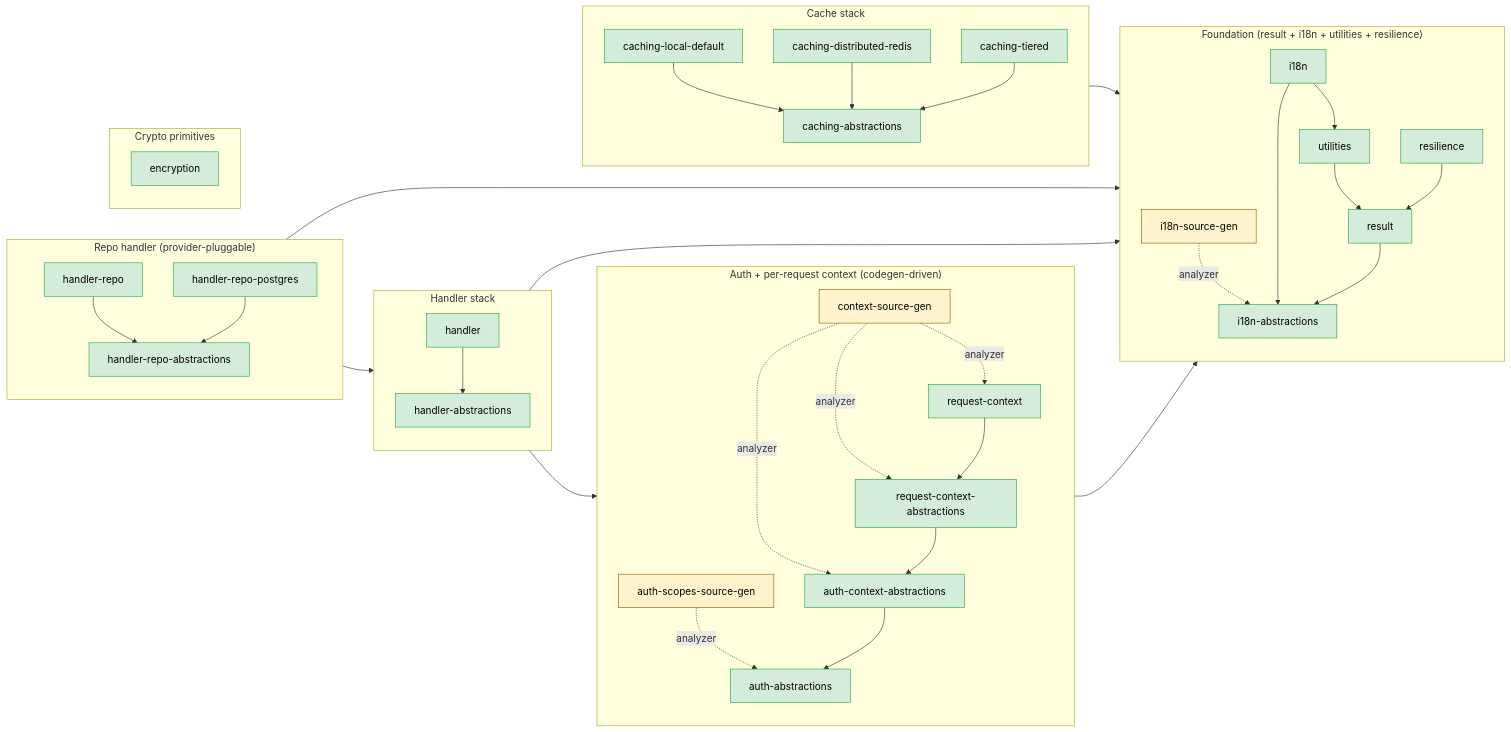
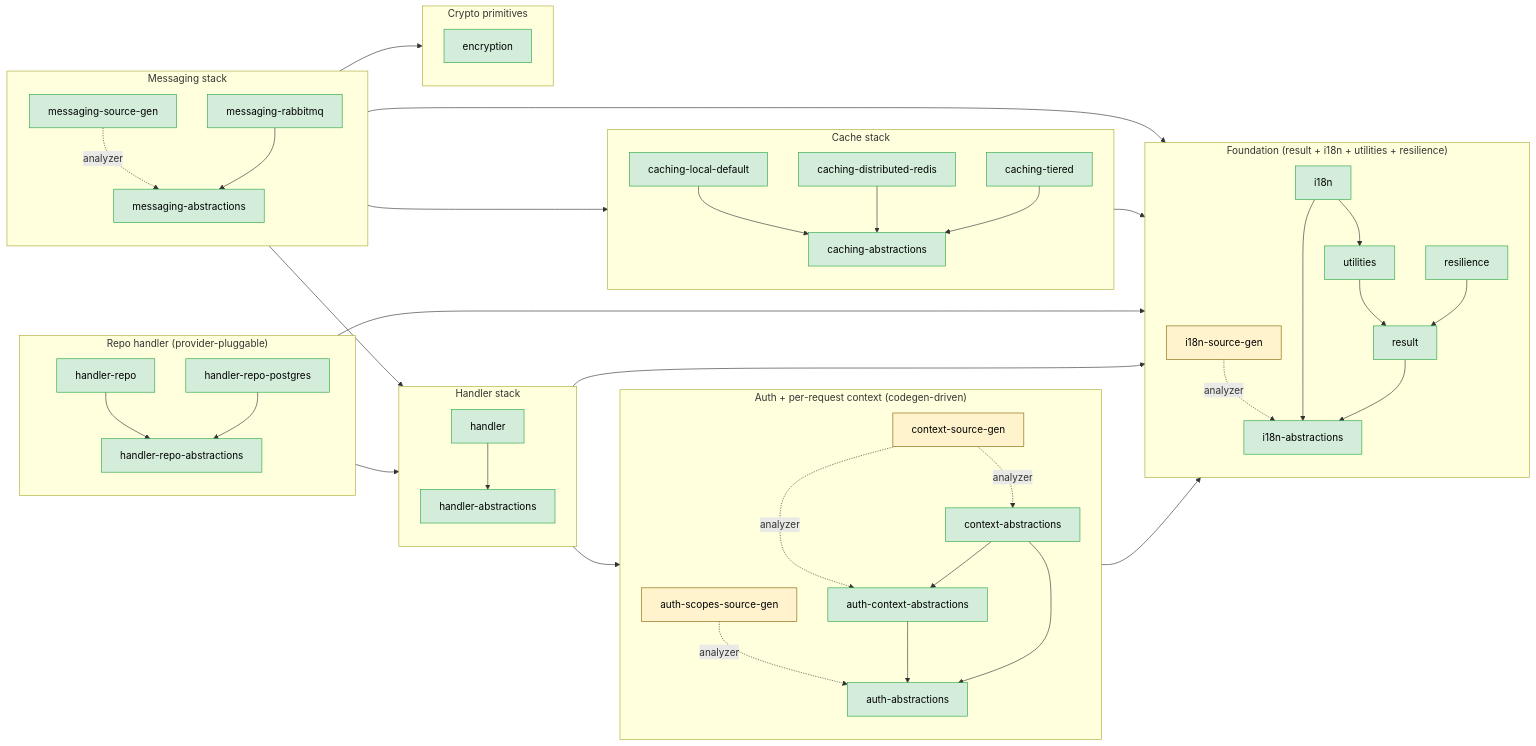
Before and after one commit to DSCV-io/D2-WORX: the diagram in server/shared/dotnet/README.md, drawn with Mermaid. The commit also changed other lines of this file and 174 other files, not shown here.

````diff
--- a/server/shared/dotnet/README.md
+++ b/server/shared/dotnet/README.md
@@ -80,16 +81,14 @@
         AuthAbs[auth-abstractions]
         ContextSG[context-source-gen]:::analyzer
         AuthCtxAbs[auth-context-abstractions]
-        ReqCtxAbs[request-context-abstractions]
-        ReqCtx[request-context]
+        CtxAbs[context-abstractions]
 
         AuthScopesSG -.->|analyzer| AuthAbs
         ContextSG -.->|analyzer| AuthCtxAbs
-        ContextSG -.->|analyzer| ReqCtxAbs
-        ContextSG -.->|analyzer| ReqCtx
+        ContextSG -.->|analyzer| CtxAbs
         AuthCtxAbs --> AuthAbs
-        ReqCtxAbs --> AuthCtxAbs
-        ReqCtx --> ReqCtxAbs
+        CtxAbs --> AuthCtxAbs
+        CtxAbs --> AuthAbs
     end
 
     subgraph HANDLER["Handler stack"]
@@ -127,14 +126,28 @@
         CacheTiered --> CacheAbs
     end
 
+    subgraph MESSAGING["Messaging stack"]
+        direction TB
+        MsgSrcGen[messaging-source-gen]:::analyzer
+        MsgAbs[messaging-abstractions]
+        MsgRabbit[messaging-rabbitmq]
+
+        MsgSrcGen -.->|analyzer| MsgAbs
+        MsgRabbit --> MsgAbs
+    end
+
     %% Cross-subgraph dependencies (only direct refs that aren't transitively
     %% implied by an intra-subgraph path).
-    ReqCtx --> Utilities
-    HandlerAbs --> ReqCtxAbs
+    CtxAbs --> Utilities
+    HandlerAbs --> CtxAbs
     HandlerAbs --> Result
     Repo --> Handler
     RepoAbs --> I18n
     CacheAbs --> Result
+    MsgAbs --> Handler
+    MsgRabbit --> Encryption
+    MsgRabbit --> CacheAbs
+    MsgRabbit --> Resilience
 
-    class I18nAbs,I18n,Result,Utilities,Resilience,AuthAbs,AuthCtxAbs,ReqCtxAbs,ReqCtx,HandlerAbs,Handler,RepoAbs,Repo,RepoPg,Encryption,CacheAbs,CacheLocal,CacheRedis,CacheTiered built
+    class I18nAbs,I18n,Result,Utilities,Resilience,AuthAbs,AuthCtxAbs,CtxAbs,HandlerAbs,Handler,RepoAbs,Repo,RepoPg,Encryption,CacheAbs,CacheLocal,CacheRedis,CacheTiered,MsgAbs,MsgRabbit,MsgSrcGen built
 ```
````
